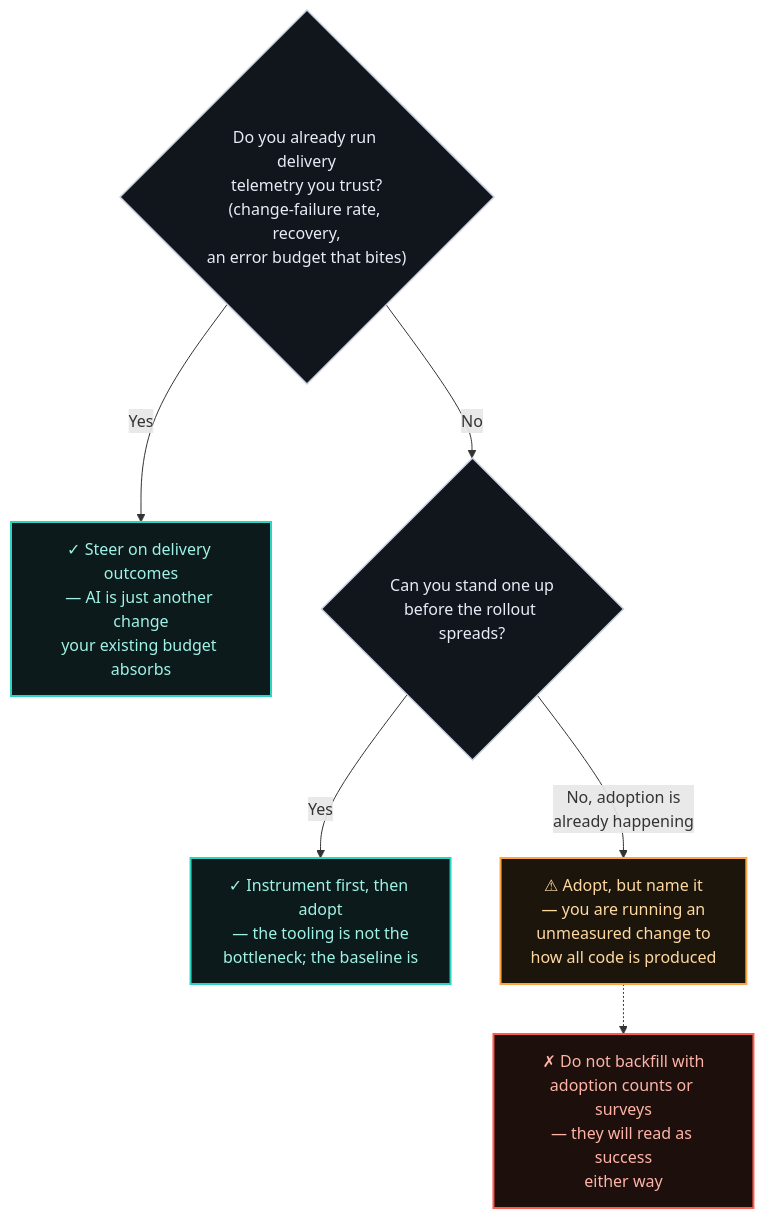
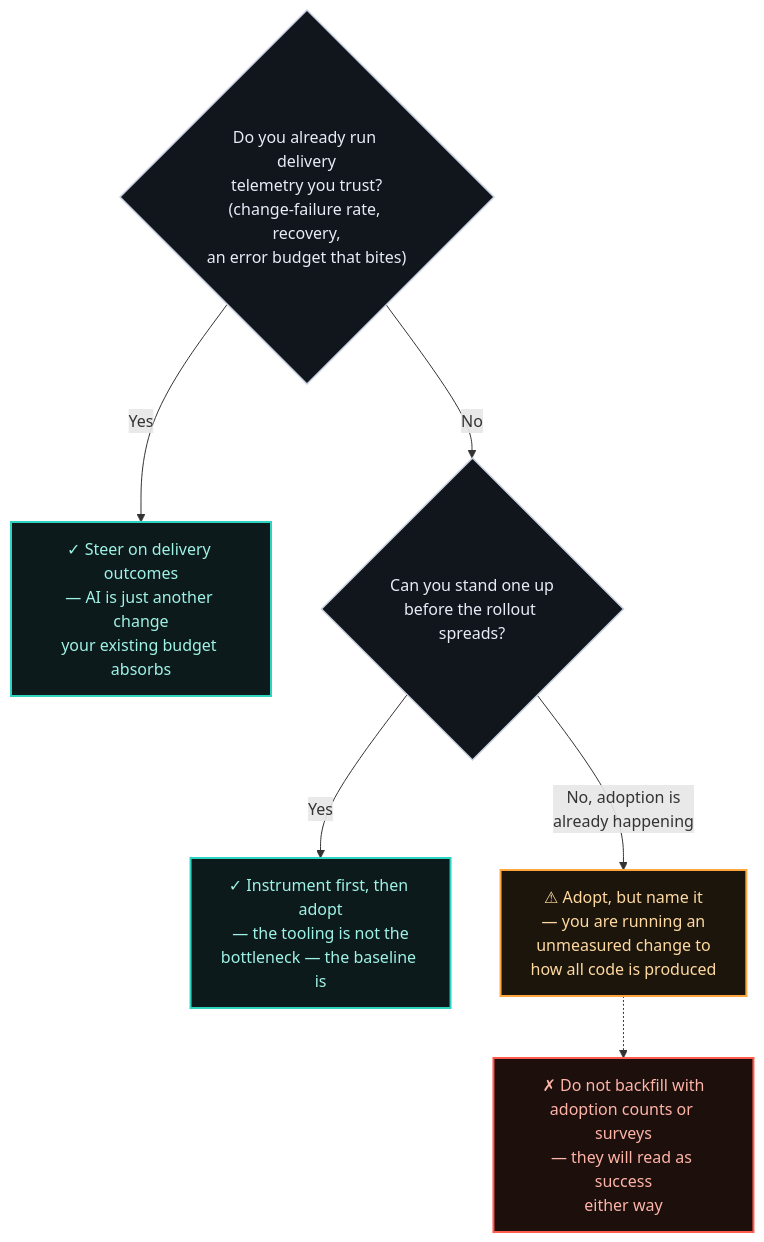
The diagram in adrs/008-ai-assisted-engineering-adoption.md (raghavarora12/engineering-playbook), drawn with Mermaid before and after one commit. The commit also changed 2 other files, not shown here.

Commit message:
Updated ADR005

````diff
--- a/adrs/008-ai-assisted-engineering-adoption.md
+++ b/adrs/008-ai-assisted-engineering-adoption.md
@@ -86,18 +86,18 @@
 ```mermaid
 flowchart TD
     Q1{"Do you already run delivery<br/>telemetry you trust?<br/>(change-failure rate, recovery,<br/>an error budget that bites)"}
     Q1 -- "Yes" --> OUT["✓ Steer on delivery outcomes<br/>— AI is just another change<br/>your existing budget absorbs"]
     Q1 -- "No" --> Q2{"Can you stand one up<br/>before the rollout spreads?"}
-    Q2 -- "Yes" --> FIX["✓ Instrument first, then adopt<br/>— the tooling is not the<br/>bottleneck; the baseline is"]
+    Q2 -- "Yes" --> FIX["✓ Instrument first, then adopt<br/>— the tooling is not the<br/>bottleneck — the baseline is"]
     Q2 -- "No, adoption is<br/>already happening" --> RISK["⚠ Adopt, but name it<br/>— you are running an<br/>unmeasured change to<br/>how all code is produced"]
     RISK -.-> NEVER["✗ Do not backfill with<br/>adoption counts or surveys<br/>— they will read as success<br/>either way"]
 
     classDef decision fill:#11151c,stroke:#c7cfe0,stroke-width:1.5px,color:#e7ecf7
     classDef good fill:#0d1a1c,stroke:#2dd4bf,stroke-width:2px,color:#9ff3e6
     classDef warn fill:#1c150c,stroke:#ffa53d,stroke-width:2px,color:#ffd9a0
     classDef bad fill:#1c0f0c,stroke:#ff5c4d,stroke-width:2px,color:#ffb4a8
     class Q1,Q2 decision
     class OUT,FIX good
     class RISK warn
     class NEVER bad
 ```
````
